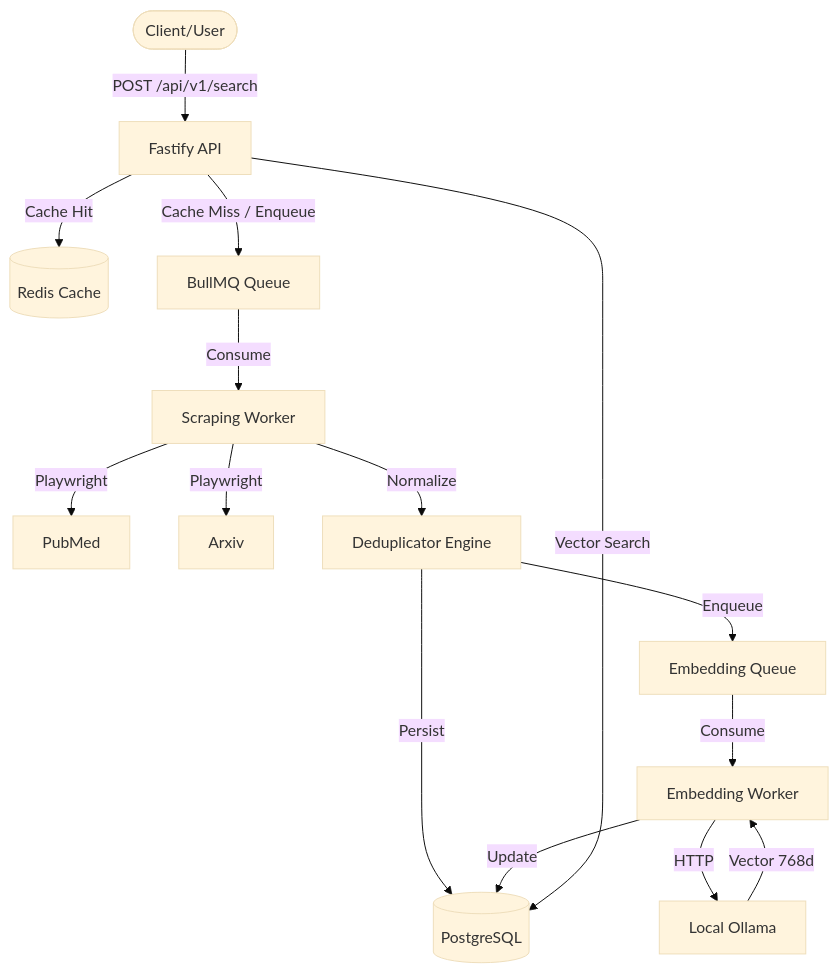
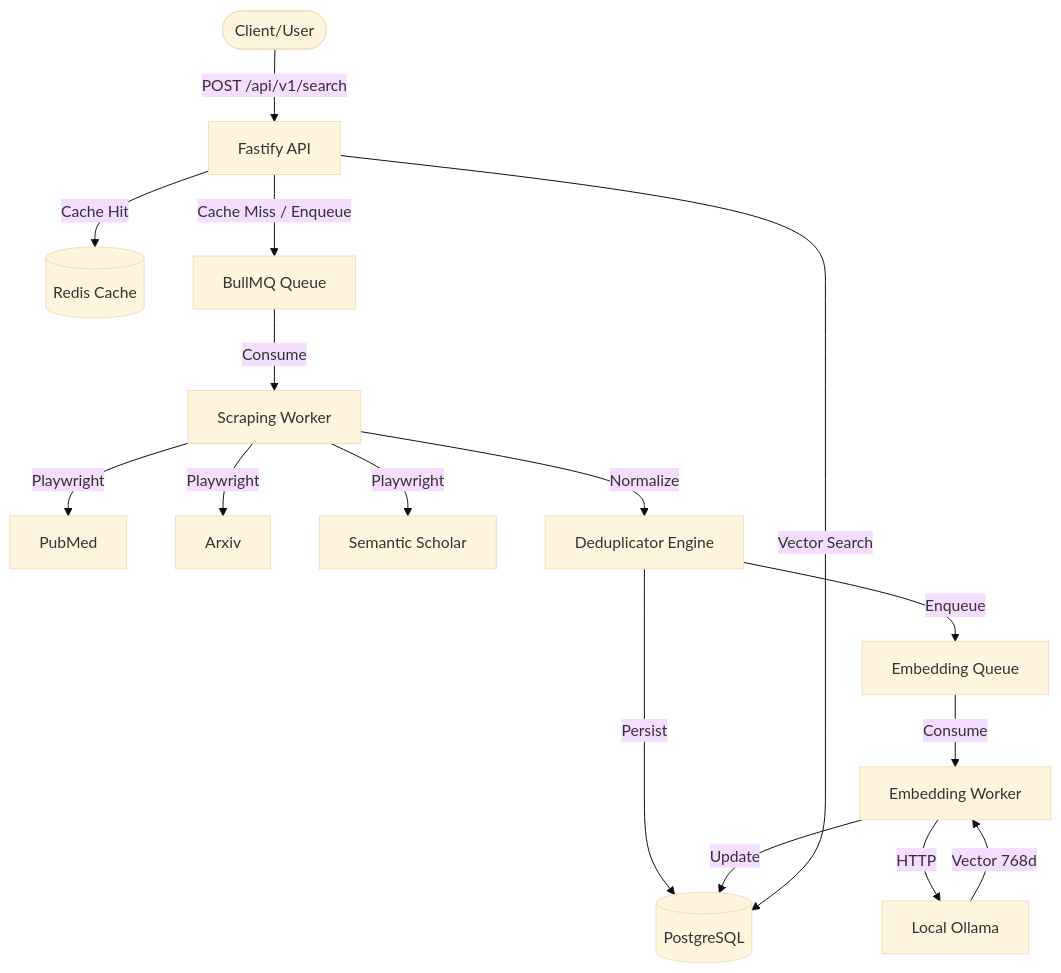
The first of 2 diagrams in README.md (YashBhardwaj21/research-radar), drawn with Mermaid (base theme) before and after one commit. The commit also changed other lines of this file and 6 other files, not shown here.

````diff
--- a/README.md
+++ b/README.md
@@ -40,23 +30,24 @@
 ```mermaid
 graph TD
     User([Client/User]) -->|POST /api/v1/search| API[Fastify API]
     API -->|Cache Hit| Redis[(Redis Cache)]
     API -->|Cache Miss / Enqueue| Queue[BullMQ Queue]
     
     Queue -->|Consume| Worker[Scraping Worker]
     
     Worker -->|Playwright| P[PubMed]
     Worker -->|Playwright| A[Arxiv]
+    Worker -->|Playwright| S[Semantic Scholar]
     
     Worker -->|Normalize| Dedup[Deduplicator Engine]
     Dedup -->|Persist| PG[(PostgreSQL)]
     
     Dedup -->|Enqueue| EmbedQueue[Embedding Queue]
     EmbedQueue -->|Consume| EmbedWorker[Embedding Worker]
     
     EmbedWorker -->|HTTP| Ollama[Local Ollama]
     Ollama -->|Vector 768d| EmbedWorker
     EmbedWorker -->|Update| PG
     
     API -->|Vector Search| PG
 ```
````
